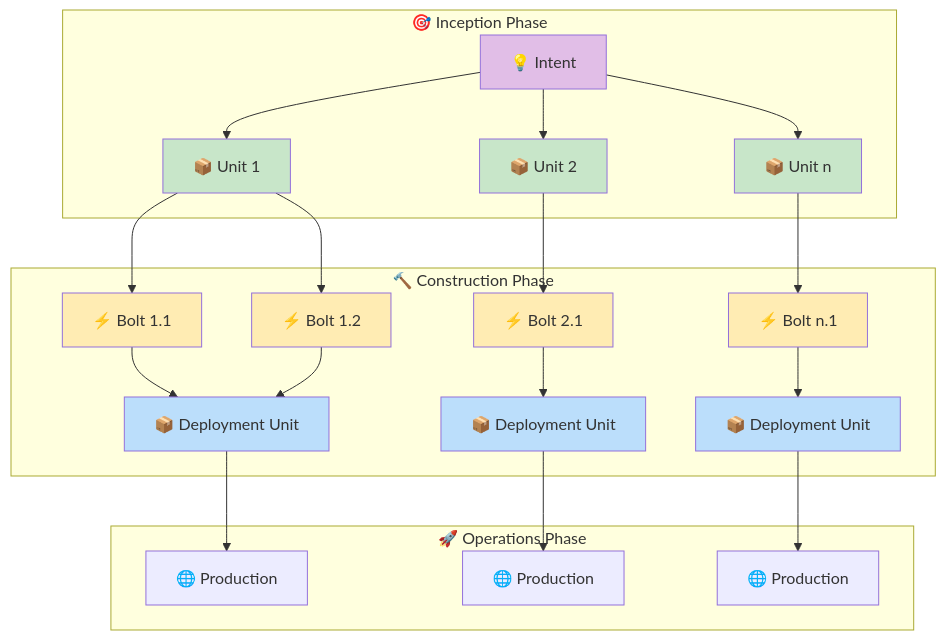
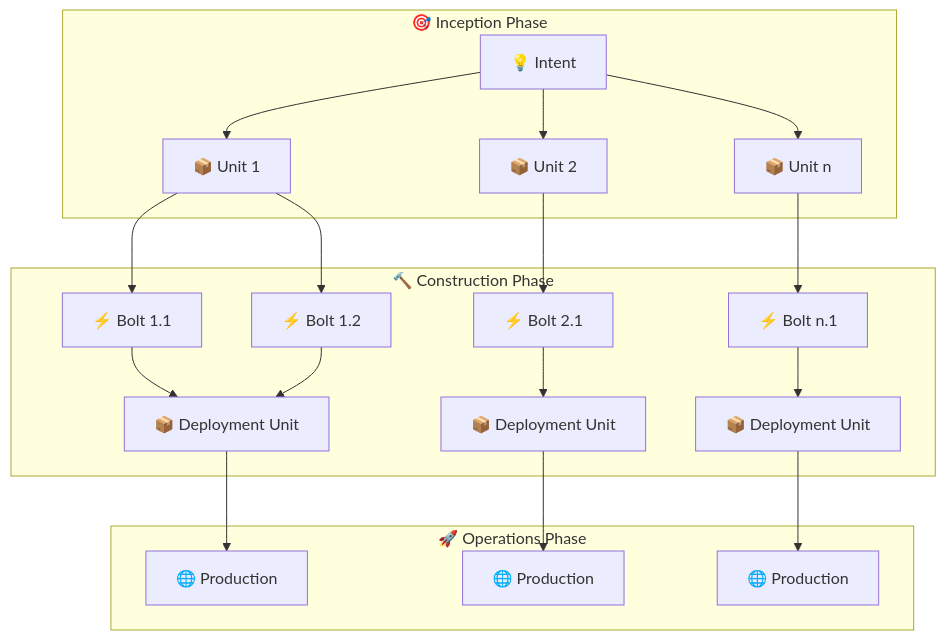
The sixth of 12 diagrams in website/content/papers/ai-dlc-2026.md (TheBushidoCollective/han), drawn with Mermaid before and after one commit. The commit also changed other lines of this file, not shown here.

First line of the commit message:
fix(website): remove hard-coded diagram colors for better dark theme support

````diff
--- a/website/content/papers/ai-dlc-2026.md
+++ b/website/content/papers/ai-dlc-2026.md
@@ -386,38 +386,26 @@
 ```mermaid
 graph TB
     subgraph "🎯 Inception Phase"
         I["💡 Intent"] --> U1["📦 Unit 1"]
         I --> U2["📦 Unit 2"]
         I --> Un["📦 Unit n"]
     end
 
     subgraph "🔨 Construction Phase"
         U1 --> B1["⚡ Bolt 1.1"]
         U1 --> B2["⚡ Bolt 1.2"]
         U2 --> B3["⚡ Bolt 2.1"]
         Un --> Bn["⚡ Bolt n.1"]
 
         B1 --> D1["📦 Deployment Unit"]
         B2 --> D1
         B3 --> D2["📦 Deployment Unit"]
         Bn --> Dn["📦 Deployment Unit"]
     end
 
     subgraph "🚀 Operations Phase"
         D1 --> P1["🌐 Production"]
         D2 --> P2["🌐 Production"]
         Dn --> Pn["🌐 Production"]
     end
-
-    style I fill:#e1bee7
-    style U1 fill:#c8e6c9
-    style U2 fill:#c8e6c9
-    style Un fill:#c8e6c9
-    style B1 fill:#ffecb3
-    style B2 fill:#ffecb3
-    style B3 fill:#ffecb3
-    style Bn fill:#ffecb3
-    style D1 fill:#bbdefb
-    style D2 fill:#bbdefb
-    style Dn fill:#bbdefb
 ```
````
